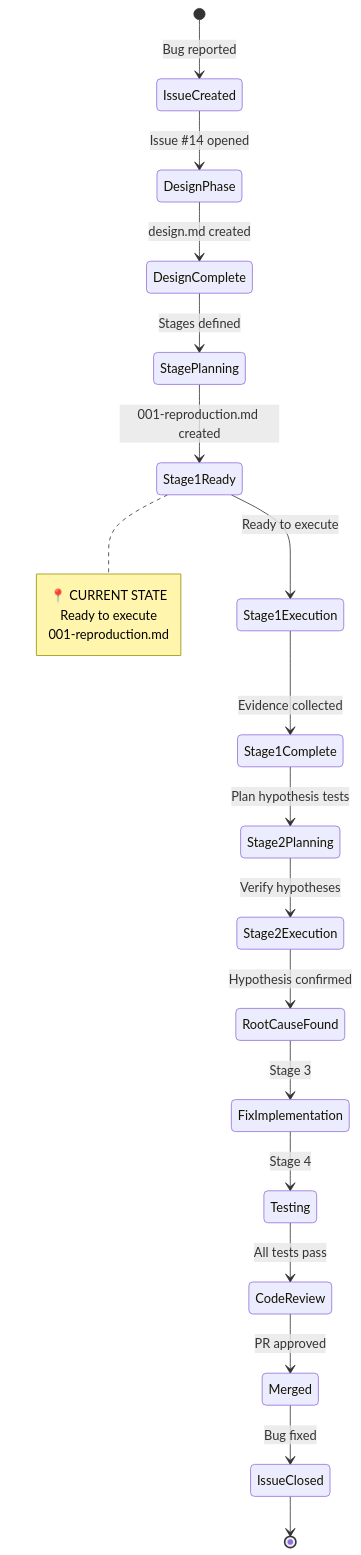
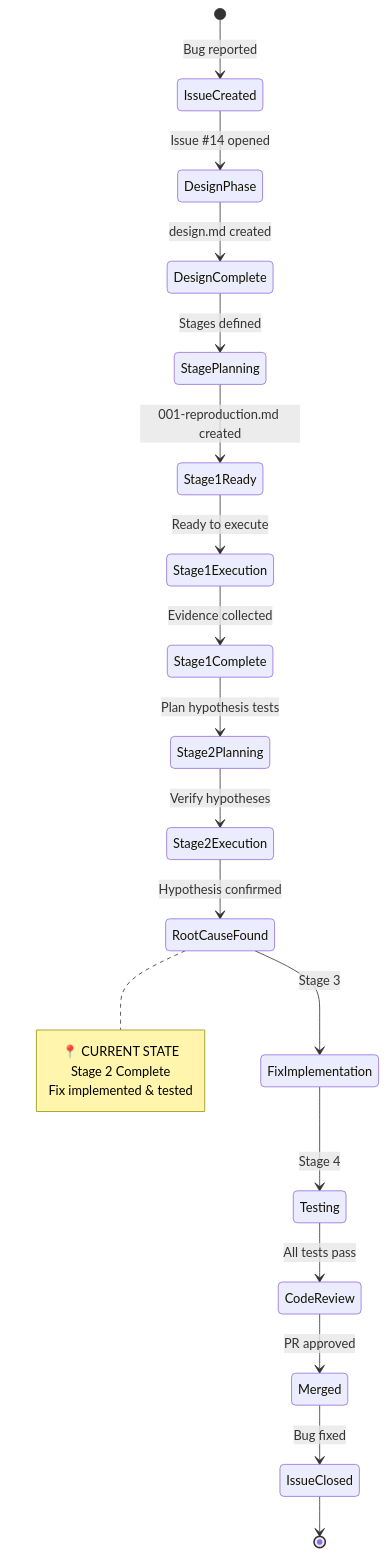
One commit to info-tech-io/hugo-templates changed the third of 3 diagrams in docs/proposals/14-caching-system-blocks-custom-content/progress.md. Above: the diagram before and after it, drawn with Mermaid. The commit also changed other lines of this file and 1 other file, not shown here.

First line of the commit message:
docs(issue-14): Stage 2 complete - fix implemented and tested

````diff
--- a/docs/proposals/14-caching-system-blocks-custom-content/progress.md
+++ b/docs/proposals/14-caching-system-blocks-custom-content/progress.md
@@ -148,27 +183,27 @@
 ```mermaid
 stateDiagram-v2
     [*] --> IssueCreated: Bug reported
     IssueCreated --> DesignPhase: Issue #14 opened
     DesignPhase --> DesignComplete: design.md created
     DesignComplete --> StagePlanning: Stages defined
     StagePlanning --> Stage1Ready: 001-reproduction.md created
     Stage1Ready --> Stage1Execution: Ready to execute
 
     Stage1Execution --> Stage1Complete: Evidence collected
     Stage1Complete --> Stage2Planning: Plan hypothesis tests
     Stage2Planning --> Stage2Execution: Verify hypotheses
     Stage2Execution --> RootCauseFound: Hypothesis confirmed
 
     RootCauseFound --> FixImplementation: Stage 3
     FixImplementation --> Testing: Stage 4
     Testing --> CodeReview: All tests pass
     CodeReview --> Merged: PR approved
     Merged --> IssueClosed: Bug fixed
     IssueClosed --> [*]
 
-    note right of Stage1Ready
+    note right of RootCauseFound
         📍 CURRENT STATE
-        Ready to execute
-        001-reproduction.md
+        Stage 2 Complete
+        Fix implemented & tested
     end note
 ```
````
